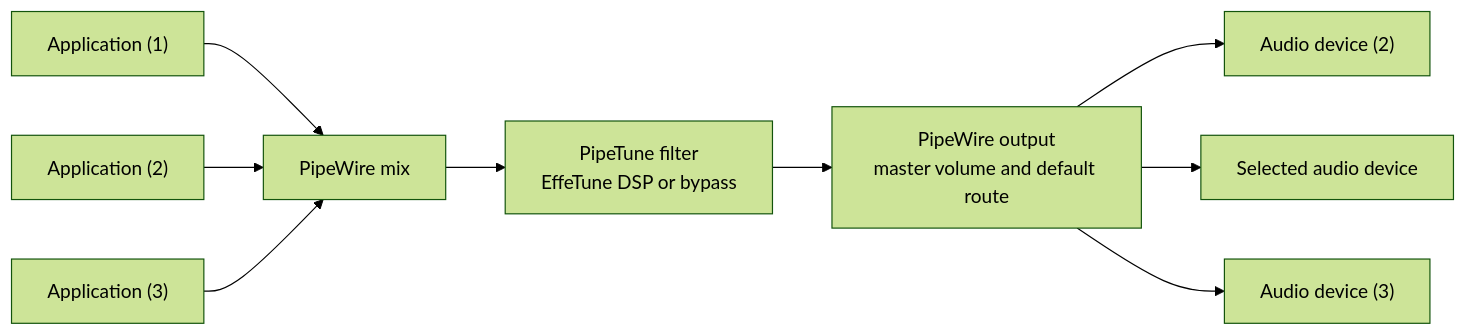
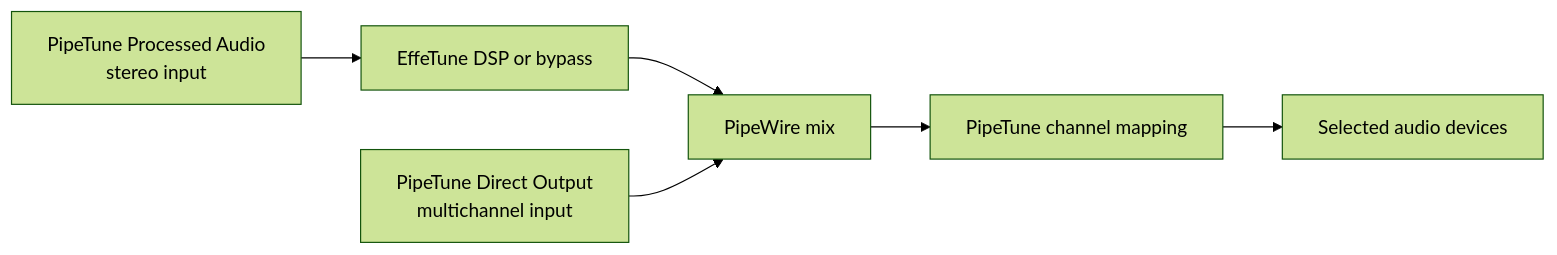
Before and after one commit to kekyo/pipetune: the diagram in README.md, drawn with Mermaid (forest theme). The commit also changed other lines of this file and 2 other files, not shown here.

Commit message:
doc: describe Processed and Direct output paths

````diff
--- a/README.md
+++ b/README.md
@@ -162,21 +163,13 @@
 ```mermaid
 flowchart LR
-    apps1["Application (1)"]
-    apps2["Application (2)"]
-    apps3["Application (3)"]
+    processed["PipeTune Processed Audio<br/>stereo input"]
+    dsp["EffeTune DSP or bypass"]
+    direct["PipeTune Direct Output<br/>multichannel input"]
     mix["PipeWire mix"]
-    tune["PipeTune filter<br/>EffeTune DSP or bypass"]
-    output["PipeWire output<br/>master volume and default route"]
-    device["Selected audio device"]
-    device2["Audio device (2)"]
-    device3["Audio device (3)"]
+    mapping["PipeTune channel mapping"]
+    devices["Selected audio devices"]
 
-    apps1 --> mix
-    apps2 --> mix
-    apps3 --> mix
-    mix --> tune
-    tune --> output
-    output --> device2
-    output --> device
-    output --> device3
+    processed --> dsp --> mix
+    direct --> mix
+    mix --> mapping --> devices
 ```
````
